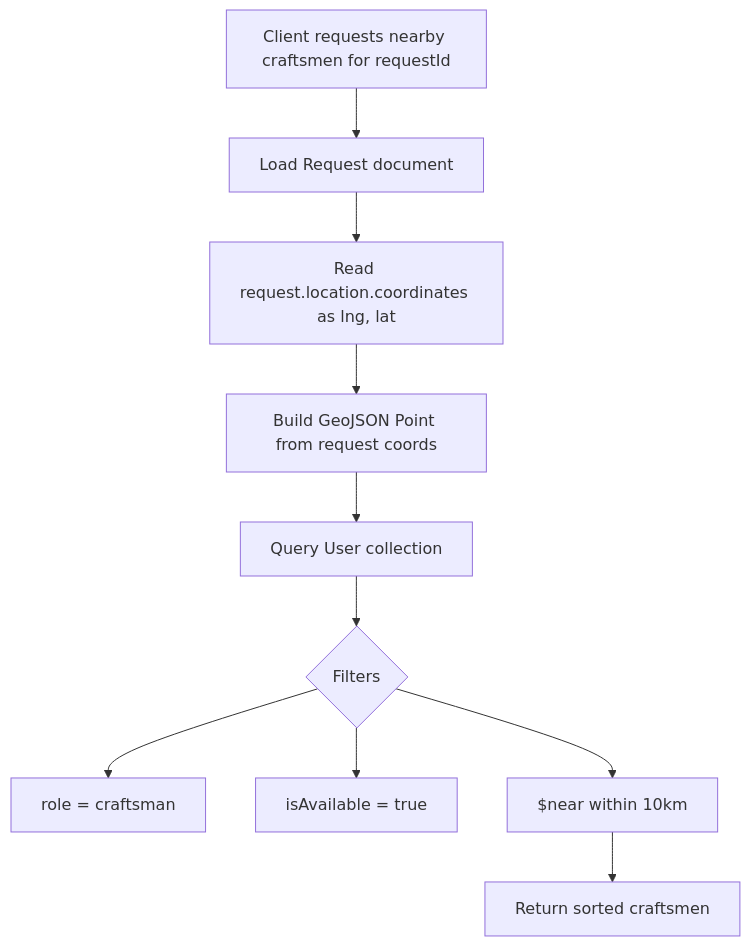
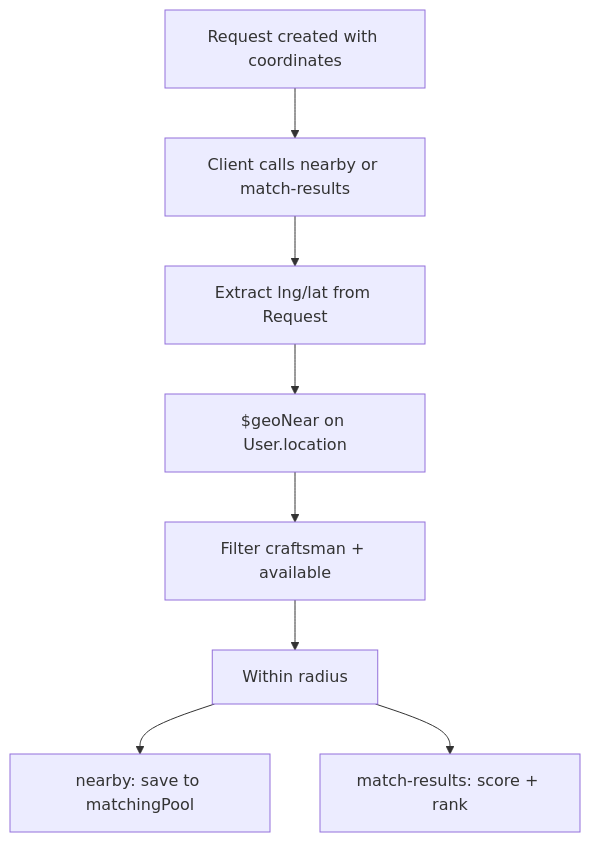
One commit to mohamedmadyan56/San3a-Fullstack changed diagram 11 of 15 in san3a-project/backend/SAN3A_BACKEND_DOCUMENTATION.md. Above: the diagram before and after it, drawn with Mermaid. The commit also changed other lines of this file, not shown here.

````diff
--- a/san3a-project/backend/SAN3A_BACKEND_DOCUMENTATION.md
+++ b/san3a-project/backend/SAN3A_BACKEND_DOCUMENTATION.md
@@ -1424,12 +992,10 @@
 ```mermaid
 flowchart TD
-    A[Client requests nearby craftsmen for requestId] --> B[Load Request document]
-    B --> C[Read request.location.coordinates as lng, lat]
-    C --> D[Build GeoJSON Point from request coords]
-    D --> E[Query User collection]
-    E --> F{Filters}
-    F --> G[role = craftsman]
-    F --> H[isAvailable = true]
-    F --> I[$near within 10km]
-    I --> J[Return sorted craftsmen]
+    A[Request created with coordinates] --> B[Client calls nearby or match-results]
+    B --> C[Extract lng/lat from Request]
+    C --> D[$geoNear on User.location]
+    D --> E[Filter craftsman + available]
+    E --> F[Within radius]
+    F --> G[nearby: save to matchingPool]
+    F --> H[match-results: score + rank]
 ```
````
